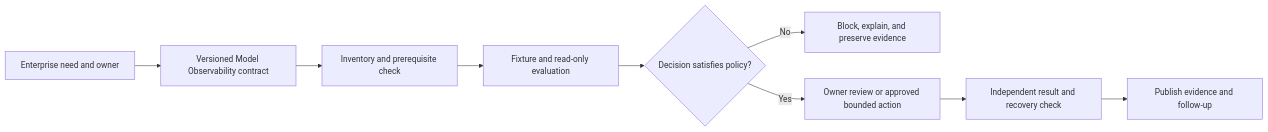
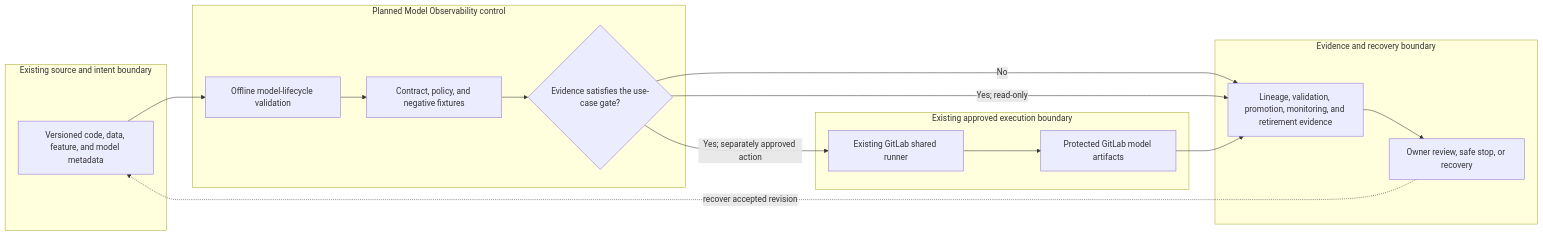
The diagram in docs/use-cases/mlops/UC-MLOPS-008-model-observability.md (MIDHTECH/enterprise-architecture-docs), drawn with Mermaid before and after one commit. The commit also changed other lines of this file and 227 other files, not shown here.

Commit message:
Deepen architecture for all use case designs

````diff
--- a/docs/use-cases/mlops/UC-MLOPS-008-model-observability.md
+++ b/docs/use-cases/mlops/UC-MLOPS-008-model-observability.md
@@ -136,11 +129,25 @@
 ```mermaid
 flowchart LR
-    Need["Enterprise need and owner"] --> Contract["Versioned Model Observability contract"]
-    Contract --> Preflight["Inventory and prerequisite check"]
-    Preflight --> Evaluate["Fixture and read-only evaluation"]
-    Evaluate --> Decision{"Decision satisfies policy?"}
-    Decision -->|No| Stop["Block, explain, and preserve evidence"]
-    Decision -->|Yes| Review["Owner review or approved bounded action"]
-    Review --> Verify["Independent result and recovery check"]
-    Verify --> Publish["Publish evidence and follow-up"]
+    subgraph Source["Existing source and intent boundary"]
+        A["Versioned code, data, feature, and model metadata"]
+    end
+    subgraph Planned["Planned Model Observability control"]
+        B["Offline model-lifecycle validation"]
+        C["Contract, policy, and negative fixtures"]
+        D{"Evidence satisfies the use-case gate?"}
+    end
+    subgraph Runtime["Existing approved execution boundary"]
+        E["Existing GitLab shared runner"]
+        F["Protected GitLab model artifacts"]
+    end
+    subgraph Assurance["Evidence and recovery boundary"]
+        G["Lineage, validation, promotion, monitoring, and retirement evidence"]
+        H["Owner review, safe stop, or recovery"]
+    end
+
+    A --> B --> C --> D
+    D -->|No| G --> H
+    D -->|Yes; read-only| G
+    D -->|Yes; separately approved action| E --> F --> G
+    H -. recover accepted revision .-> A
 ```
````
